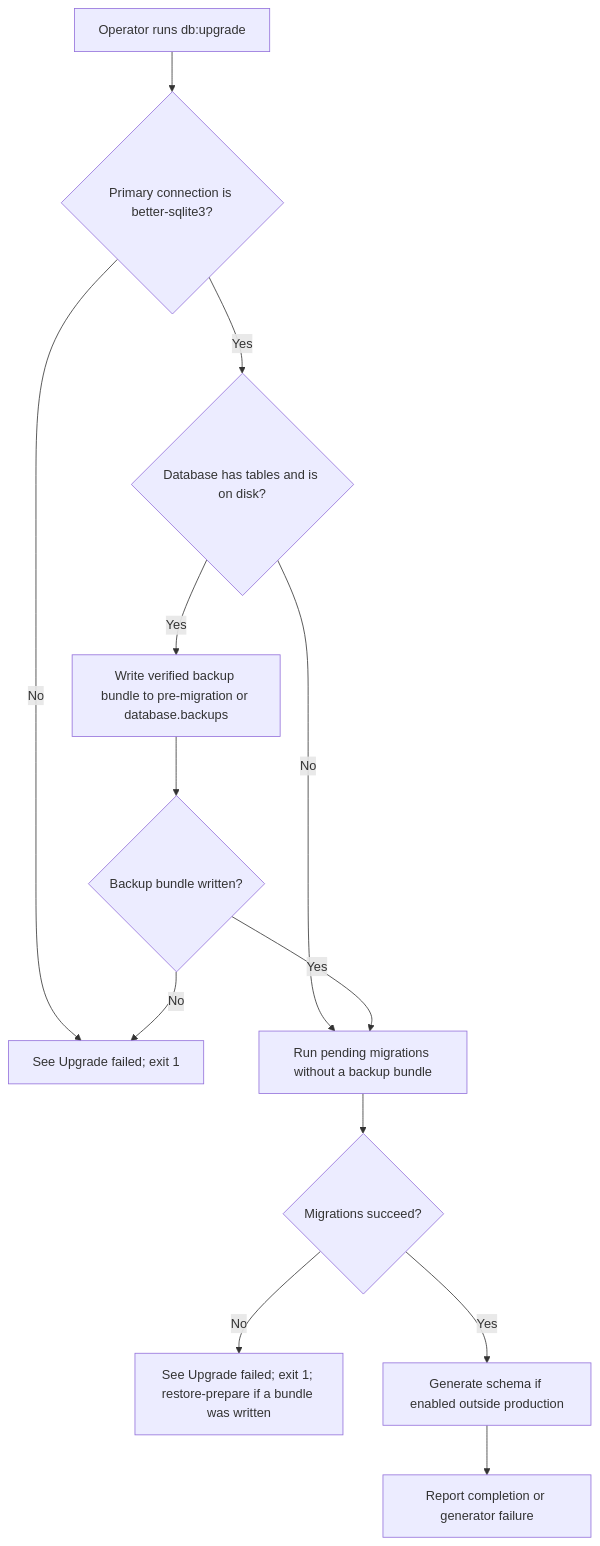
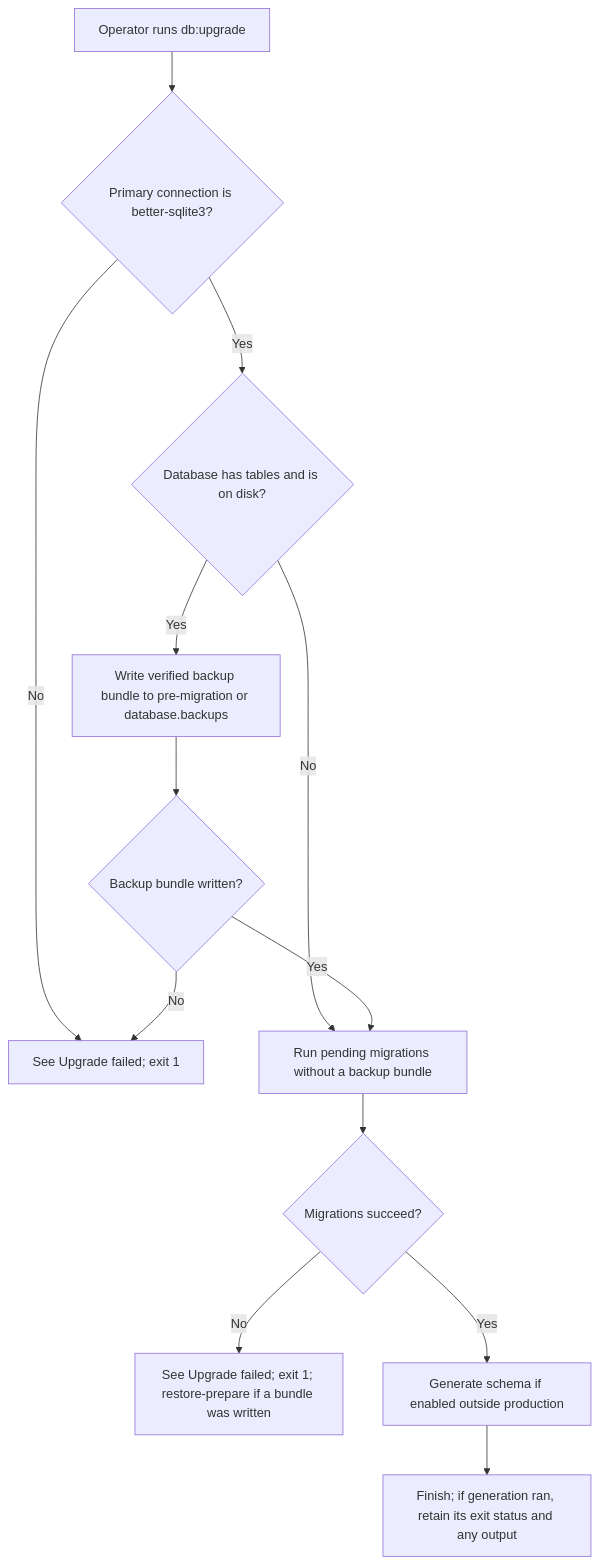
The first of 2 diagrams in user-stories/upgrade-database/us-op-06-upgrade-database.md (Kevinjohn/oss-adonisjs-sqlite-backup), drawn with Mermaid before and after one commit. The commit also changed other lines of this file and 4 other files, not shown here.

Commit message:
Correct source-backed user story flow details

````diff
--- a/user-stories/upgrade-database/us-op-06-upgrade-database.md
+++ b/user-stories/upgrade-database/us-op-06-upgrade-database.md
@@ -27,15 +27,15 @@
 ```mermaid
 flowchart TD
     A["Operator runs db:upgrade"] --> B{"Primary connection is better-sqlite3?"}
     B -->|No| C["See Upgrade failed; exit 1"]
     B -->|Yes| D{"Database has tables and is on disk?"}
     D -->|No| G["Run pending migrations without a backup bundle"]
     D -->|Yes| E["Write verified backup bundle to pre-migration or database.backups"]
     E --> F{"Backup bundle written?"}
     F -->|No| C
     F -->|Yes| G
     G --> H{"Migrations succeed?"}
     H -->|No| I["See Upgrade failed; exit 1; restore-prepare if a bundle was written"]
     H -->|Yes| J["Generate schema if enabled outside production"]
-    J --> K["Report completion or generator failure"]
+    J --> K["Finish; if generation ran, retain its exit status and any output"]
 ```
````
